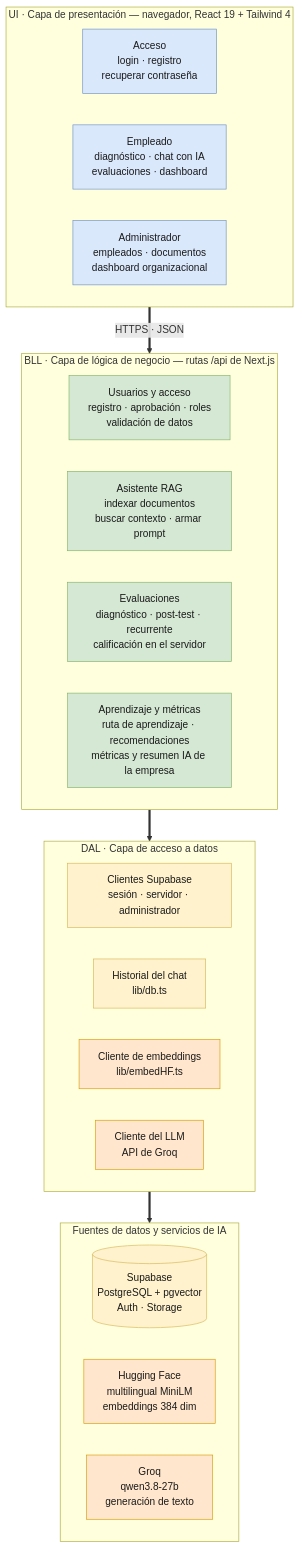
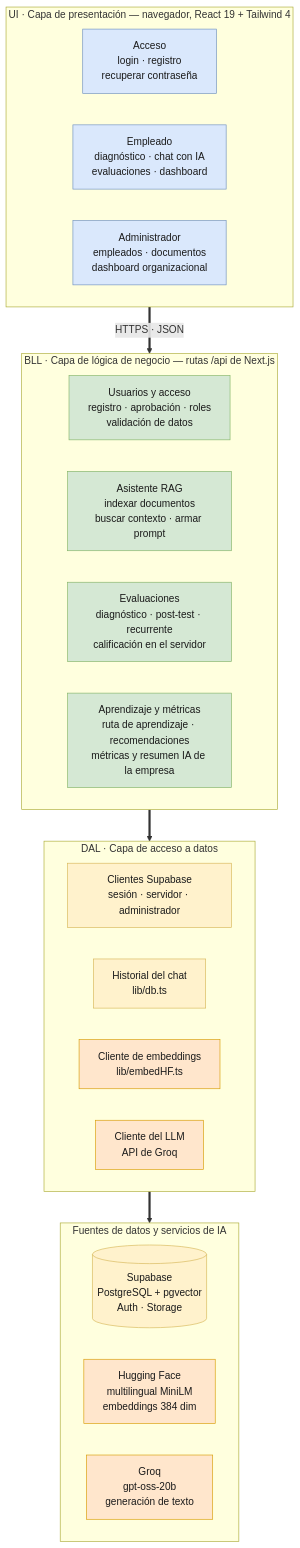
Before and after one commit to Leoncarloos/CyberChat: the diagram in docs/arquitectura-3-capas.md, drawn with Mermaid. The commit also changed other lines of this file and 15 other files, not shown here.

First line of the commit message:
feat: cambiar el LLM a openai/gpt-oss-20b con reasoning_effort low

````diff
--- a/docs/arquitectura-3-capas.md
+++ b/docs/arquitectura-3-capas.md
@@ -7,45 +7,45 @@
 ```mermaid
 flowchart TB
     subgraph UI["UI · Capa de presentación — navegador, React 19 + Tailwind 4"]
         direction LR
         U1["Acceso<br/>login · registro<br/>recuperar contraseña"]
         U2["Empleado<br/>diagnóstico · chat con IA<br/>evaluaciones · dashboard"]
         U3["Administrador<br/>empleados · documentos<br/>dashboard organizacional"]
     end
 
     subgraph BLL["BLL · Capa de lógica de negocio — rutas /api de Next.js"]
         direction LR
         L1["Usuarios y acceso<br/>registro · aprobación · roles<br/>validación de datos"]
         L2["Asistente RAG<br/>indexar documentos<br/>buscar contexto · armar prompt"]
         L3["Evaluaciones<br/>diagnóstico · post-test · recurrente<br/>calificación en el servidor"]
         L4["Aprendizaje y métricas<br/>ruta de aprendizaje · recomendaciones<br/>métricas y resumen IA de la empresa"]
     end
 
     subgraph DAL["DAL · Capa de acceso a datos"]
         direction LR
         D1["Clientes Supabase<br/>sesión · servidor · administrador"]
         D2["Historial del chat<br/>lib/db.ts"]
         D3["Cliente de embeddings<br/>lib/embedHF.ts"]
         D4["Cliente del LLM<br/>API de Groq"]
     end
 
     subgraph EXT["Fuentes de datos y servicios de IA"]
         direction LR
         S1[("Supabase<br/>PostgreSQL + pgvector<br/>Auth · Storage")]
         S2["Hugging Face<br/>multilingual MiniLM<br/>embeddings 384 dim"]
-        S3["Groq<br/>qwen3.8-27b<br/>generación de texto"]
+        S3["Groq<br/>gpt-oss-20b<br/>generación de texto"]
     end
 
     UI == "HTTPS · JSON" ==> BLL
     BLL ==> DAL
     DAL ==> EXT
 
     classDef ui fill:#dae8fc,stroke:#6c8ebf,color:#1a1a1a
     classDef bll fill:#d5e8d4,stroke:#82b366,color:#1a1a1a
     classDef dal fill:#fff2cc,stroke:#d6b656,color:#1a1a1a
     classDef ia fill:#ffe6cc,stroke:#d79b00,color:#1a1a1a
     class U1,U2,U3 ui
     class L1,L2,L3,L4 bll
     class D1,D2,S1 dal
     class D3,D4,S2,S3 ia
 ```
````
